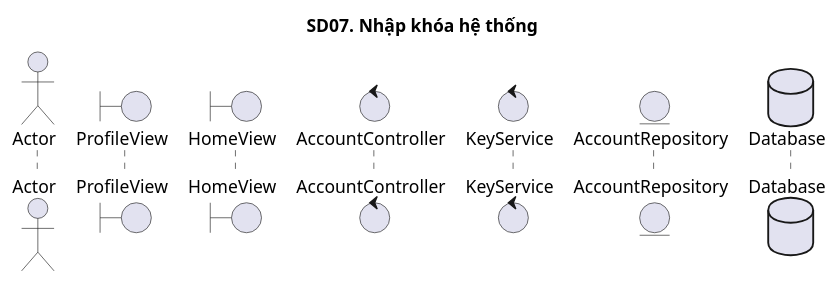
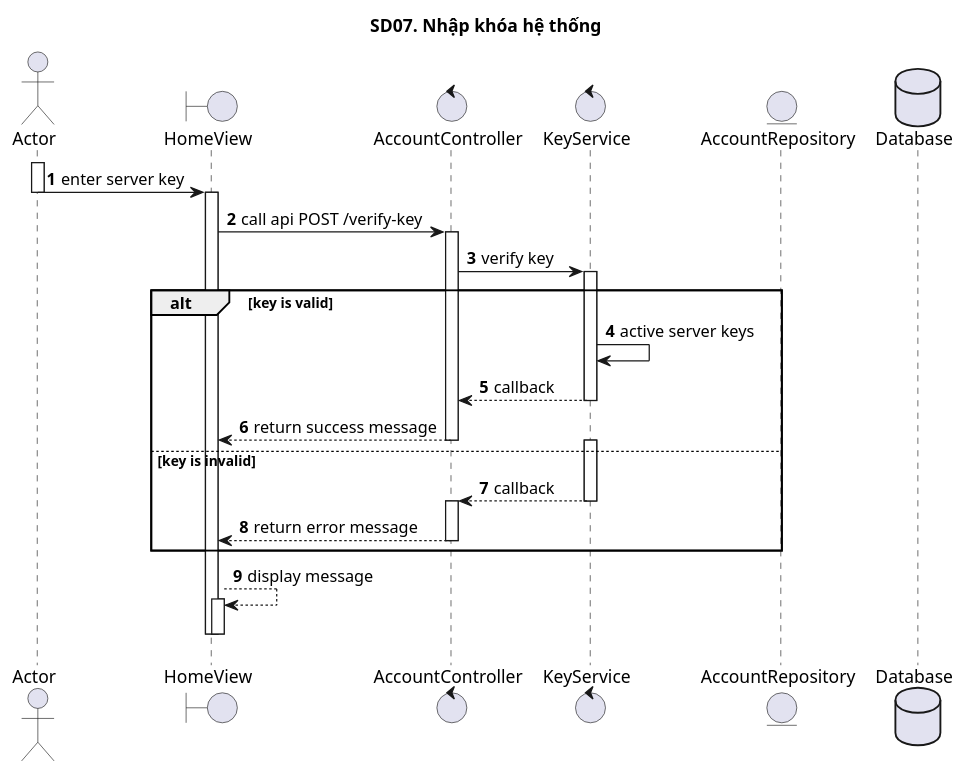
Before and after one commit to ITZ-Developers/Finance-UML: the diagram in 07_NhapKhoaHeThong/sd7.puml, drawn with PlantUML.

```diff
--- a/07_NhapKhoaHeThong/sd7.puml
+++ b/07_NhapKhoaHeThong/sd7.puml
@@ -1,11 +1,36 @@
 @startuml SQ
 autonumber
 title SD07. Nhập khóa hệ thống
 actor "Actor" as actor
-boundary "ProfileView" as view
-boundary "HomeView" as home
+boundary "HomeView" as view
 control "AccountController" as controller
 control "KeyService" as service
 entity "AccountRepository" as model
 database "Database" as database
+activate actor
+actor -> view: enter server key
+deactivate actor
+activate view
+view -> controller: call api POST /verify-key
+activate controller
+controller -> service: verify key
+alt key is valid
+activate service
+service -> service: active server keys
+service --> controller: callback
+deactivate service
+controller --> view: return success message
+deactivate controller
+else key is invalid
+activate service
+service --> controller: callback
+deactivate service
+activate controller
+controller --> view: return error message
+deactivate controller
+end
+view --> view: display message
+activate view
+deactivate view
+deactivate view
 @enduml
```
